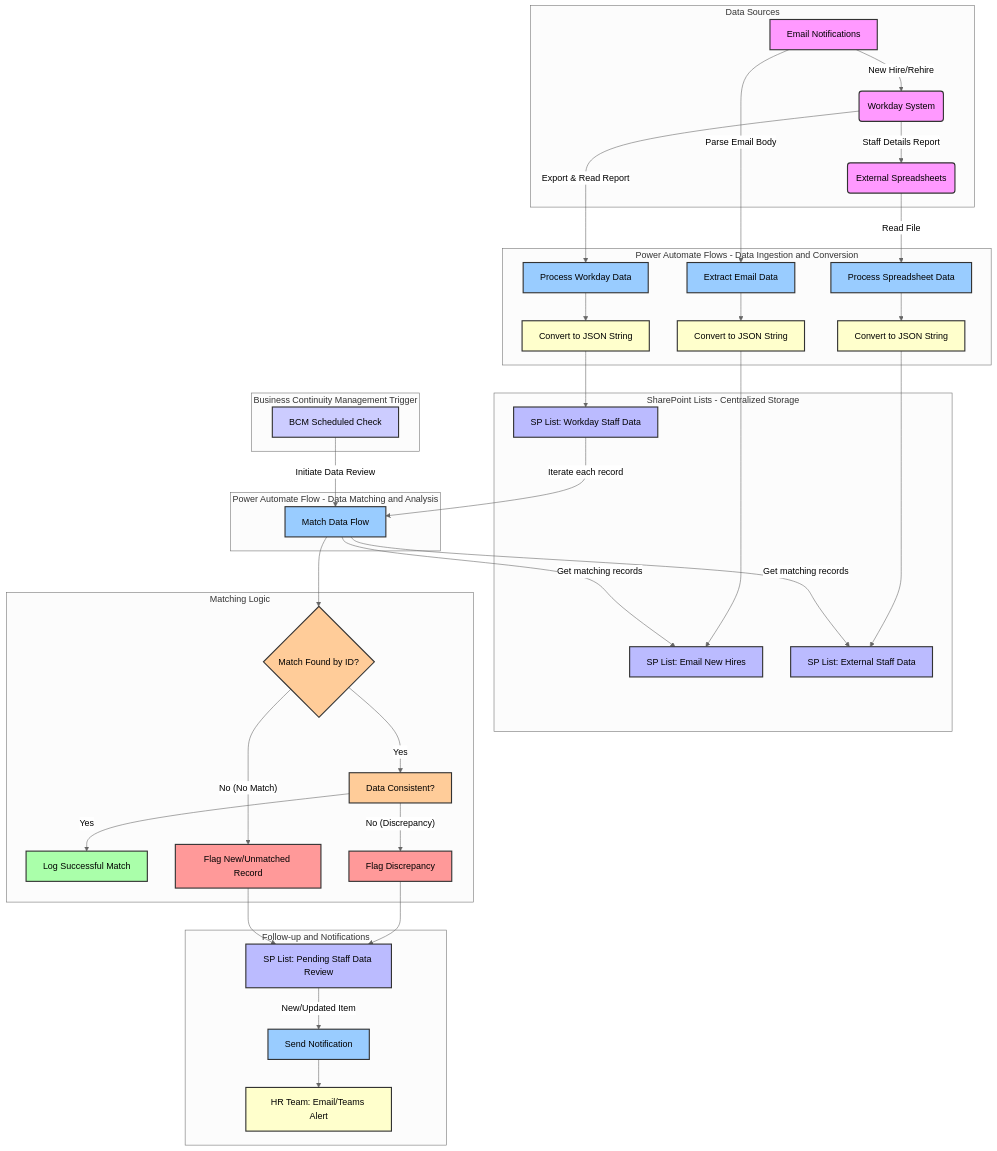
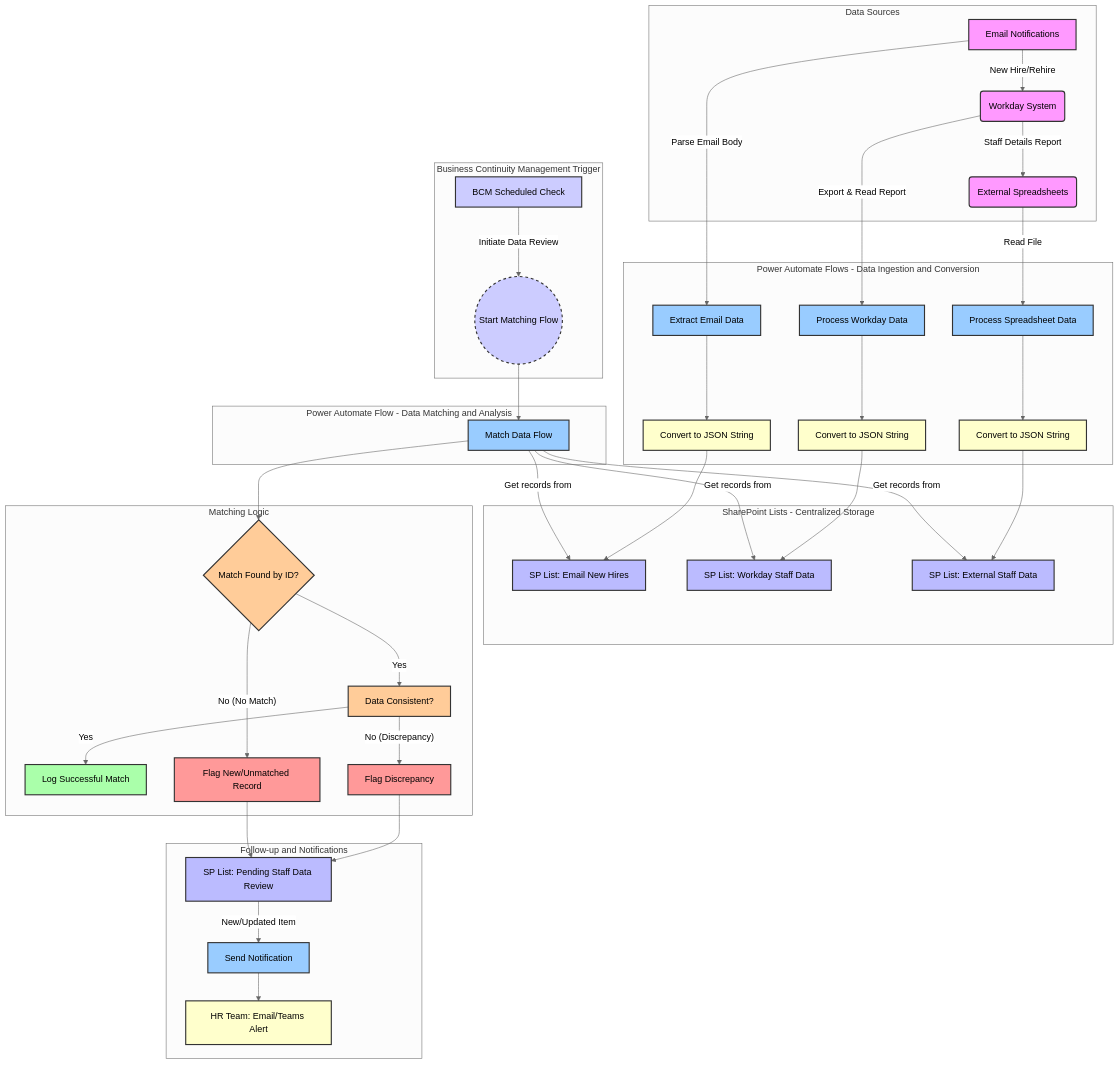
Before and after one commit to kairin/mermaid: the diagram in README.md, drawn with Mermaid.

````diff
--- a/README.md
+++ b/README.md
@@ -1,74 +1,79 @@
 ```mermaid
+
+
 %%{init: {'theme': 'neutral'}}%%
 graph TD
     subgraph Data Sources
         A[Email Notifications] -->|New Hire/Rehire| B(Workday System)
         B -->|Staff Details Report| C(External Spreadsheets)
     end
 
     subgraph Power Automate Flows - Data Ingestion and Conversion
         A -- Parse Email Body --> PA1[Extract Email Data]
         PA1 --> JSON1[Convert to JSON String]
         
         B -- Export & Read Report --> PA2[Process Workday Data]
         PA2 --> JSON2[Convert to JSON String]
         
         C -- Read File --> PA3[Process Spreadsheet Data]
         PA3 --> JSON3[Convert to JSON String]
     end
 
     subgraph SharePoint Lists - Centralized Storage
         JSON1 --> SP1[SP List: Email New Hires]
         JSON2 --> SP2[SP List: Workday Staff Data]
         JSON3 --> SP3[SP List: External Staff Data]
     end
 
-    subgraph Power Automate Flow - Data Matching and Analysis
-        SP2 -- Iterate each record --> PA4[Match Data Flow]
-        PA4 -- Get matching records --> SP1
-        PA4 -- Get matching records --> SP3
+    subgraph Business Continuity Management Trigger
+        BCM_Trigger[BCM Scheduled Check] -->|Initiate Data Review| PA4_Start
     end
 
-    subgraph Business Continuity Management Trigger
-        BCM_Trigger[BCM Scheduled Check] -->|Initiate Data Review| PA4
+    subgraph Power Automate Flow - Data Matching and Analysis
+        PA4_Start((Start Matching Flow)) --> PA4[Match Data Flow]
+        PA4 -->|Get records from| SP2
+        PA4 -->|Get records from| SP1
+        PA4 -->|Get records from| SP3
     end
 
     subgraph Matching Logic
         PA4 --> D{Match Found by ID?}
         D -- Yes --> E[Data Consistent?]
         E -- Yes --> F[Log Successful Match]
         E -- No (Discrepancy) --> G[Flag Discrepancy]
         D -- No (No Match) --> H[Flag New/Unmatched Record]
     end
 
     subgraph Follow-up and Notifications
         G --> SP4[SP List: Pending Staff Data Review]
         H --> SP4
         SP4 -- New/Updated Item --> PA5[Send Notification]
         PA5 --> I[HR Team: Email/Teams Alert]
     end
 
     style A fill:#f9f,stroke:#333,stroke-width:2px
     style B fill:#f9f,stroke:#333,stroke-width:2px
     style C fill:#f9f,stroke:#333,stroke-width:2px
     style PA1 fill:#9cf,stroke:#333,stroke-width:2px
     style PA2 fill:#9cf,stroke:#333,stroke-width:2px
     style PA3 fill:#9cf,stroke:#333,stroke-width:2px
     style JSON1 fill:#ffc,stroke:#333,stroke-width:2px
     style JSON2 fill:#ffc,stroke:#333,stroke-width:2px
     style JSON3 fill:#ffc,stroke:#333,stroke-width:2px
     style SP1 fill:#bbf,stroke:#333,stroke-width:2px
     style SP2 fill:#bbf,stroke:#333,stroke-width:2px
     style SP3 fill:#bbf,stroke:#333,stroke-width:2px
     style PA4 fill:#9cf,stroke:#333,stroke-width:2px
+    style PA4_Start fill:#ccf,stroke:#333,stroke-width:2px,stroke-dasharray: 5 5
     style BCM_Trigger fill:#ccf,stroke:#333,stroke-width:2px
     style D fill:#fc9,stroke:#333,stroke-width:2px
     style E fill:#fc9,stroke:#333,stroke-width:2px
     style F fill:#afa,stroke:#333,stroke-width:2px
     style G fill:#f99,stroke:#333,stroke-width:2px
     style H fill:#f99,stroke:#333,stroke-width:2px
     style SP4 fill:#bbf,stroke:#333,stroke-width:2px
     style PA5 fill:#9cf,stroke:#333,stroke-width:2px
     style I fill:#ffc,stroke:#333,stroke-width:2px
 
+
 ```
````
